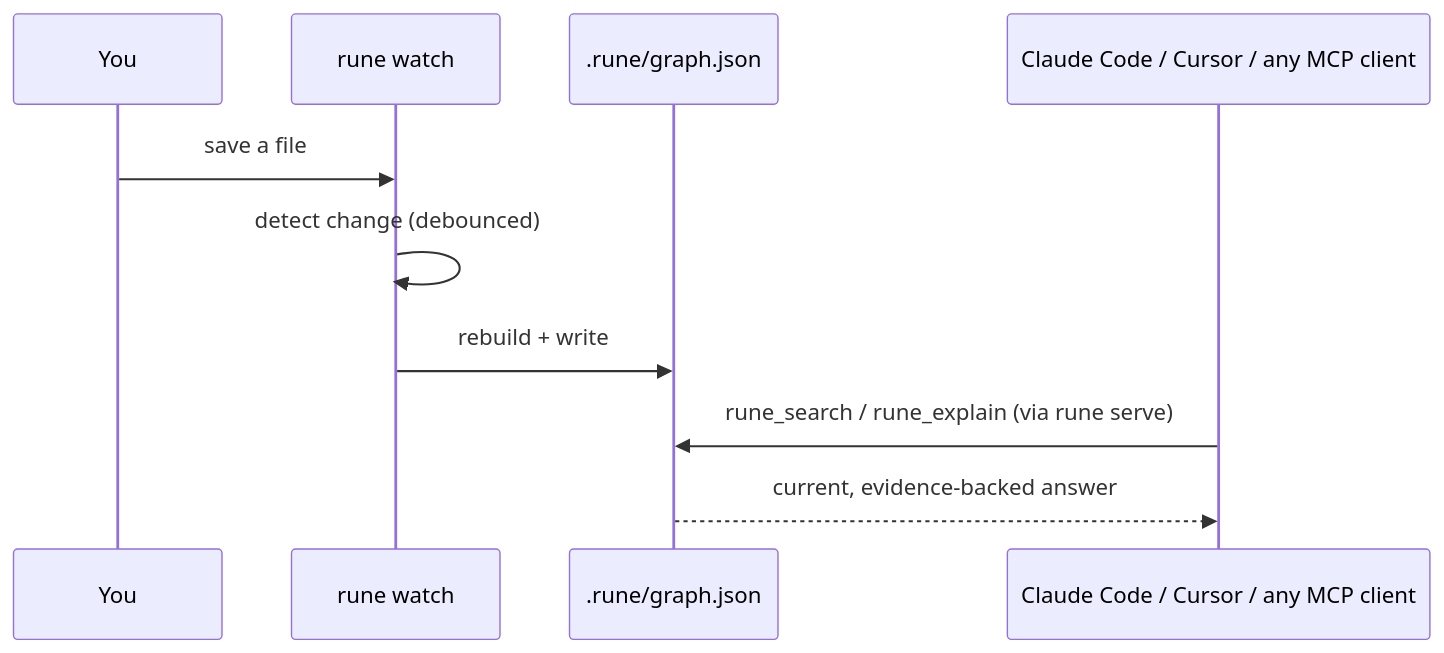
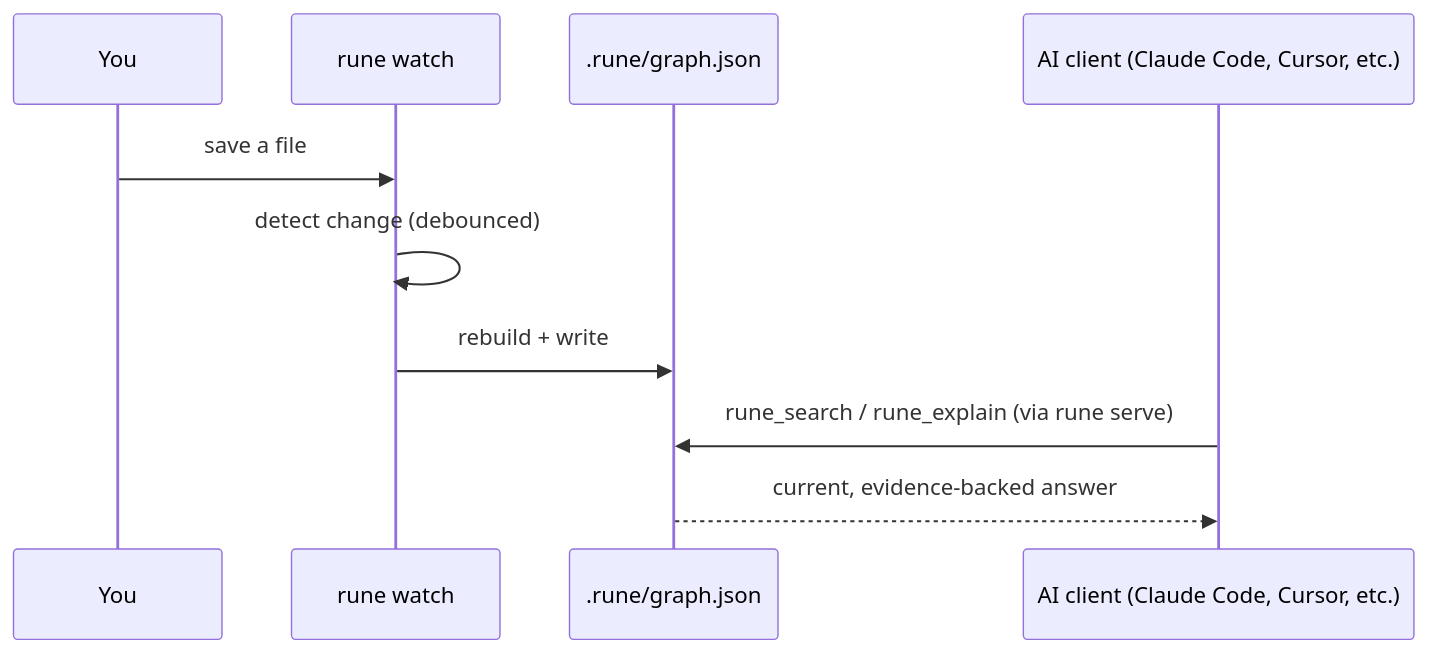
One commit to thecolourfoundation/rune changed the third of 3 diagrams in README.md. Above: the diagram before and after it, drawn with Mermaid. The commit also changed other lines of this file, not shown here.

First line of the commit message:
fix: Mermaid diagram 1 wasn't rendering on GitHub (showed 'Unable to render rich display')

````diff
--- a/README.md
+++ b/README.md
@@ -78,13 +76,13 @@
 ```mermaid
 sequenceDiagram
     participant Dev as You
     participant Watch as rune watch
     participant Graph as .rune/graph.json
-    participant AI as Claude Code / Cursor / any MCP client
+    participant AI as AI client (Claude Code, Cursor, etc.)
 
     Dev->>Watch: save a file
     Watch->>Watch: detect change (debounced)
     Watch->>Graph: rebuild + write
     AI->>Graph: rune_search / rune_explain (via rune serve)
     Graph-->>AI: current, evidence-backed answer
 ```
````
